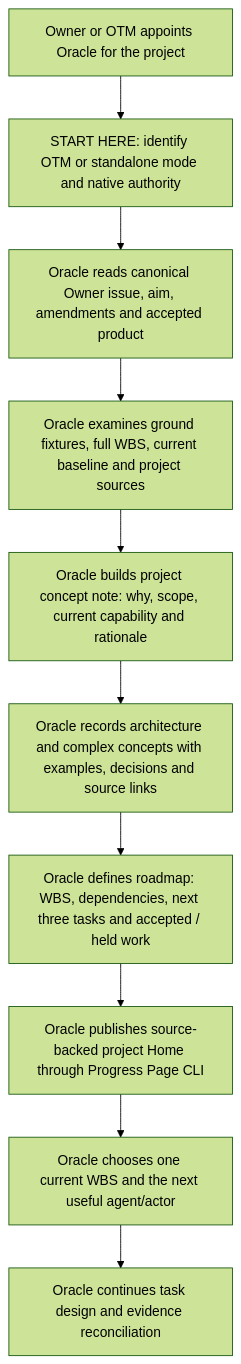
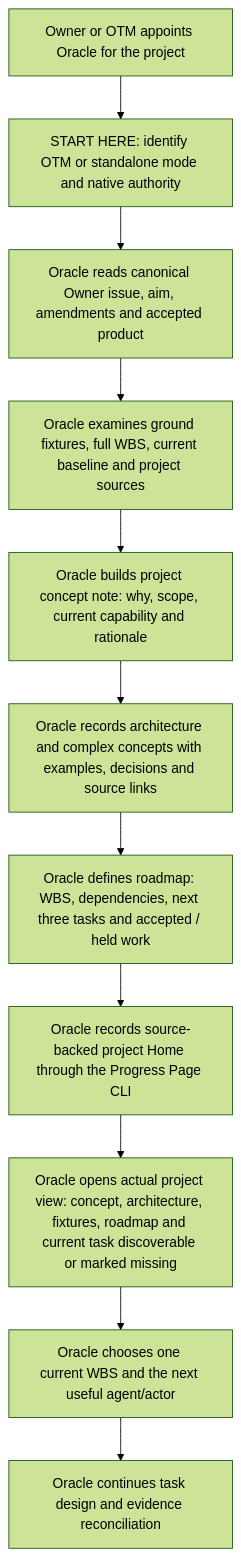
One commit to reallakshman19/Common changed the first of 5 diagrams in skills/agent-work/ENTRY_PROCESS_MAPS.md. Above: the diagram before and after it, drawn with Mermaid (forest theme). The commit also changed other lines of this file, not shown here.

Commit message:
docs(agent-work): four focused map fixes for native route, blocked proof, delivery confirmation and actual Home display

````diff
--- a/skills/agent-work/ENTRY_PROCESS_MAPS.md
+++ b/skills/agent-work/ENTRY_PROCESS_MAPS.md
@@ -18,12 +18,13 @@
 ```mermaid
 flowchart TD
   A0["Owner or OTM appoints Oracle for the project"] --> A1["START HERE: identify OTM or standalone mode and native authority"]
   A1 --> A2["Oracle reads canonical Owner issue, aim, amendments and accepted product"]
   A2 --> A3["Oracle examines ground fixtures, full WBS, current baseline and project sources"]
   A3 --> A4["Oracle builds project concept note: why, scope, current capability and rationale"]
   A4 --> A5["Oracle records architecture and complex concepts with examples, decisions and source links"]
   A5 --> A6["Oracle defines roadmap: WBS, dependencies, next three tasks and accepted / held work"]
-  A6 --> A7["Oracle publishes source-backed project Home through Progress Page CLI"]
-  A7 --> A8["Oracle chooses one current WBS and the next useful agent/actor"]
+  A6 --> A7["Oracle records source-backed project Home through the Progress Page CLI"]
+  A7 --> AV["Oracle opens actual project view: concept, architecture, fixtures, roadmap and current task discoverable or marked missing"]
+  AV --> A8["Oracle chooses one current WBS and the next useful agent/actor"]
   A8 --> A9["Oracle continues task design and evidence reconciliation"]
 ```
````
